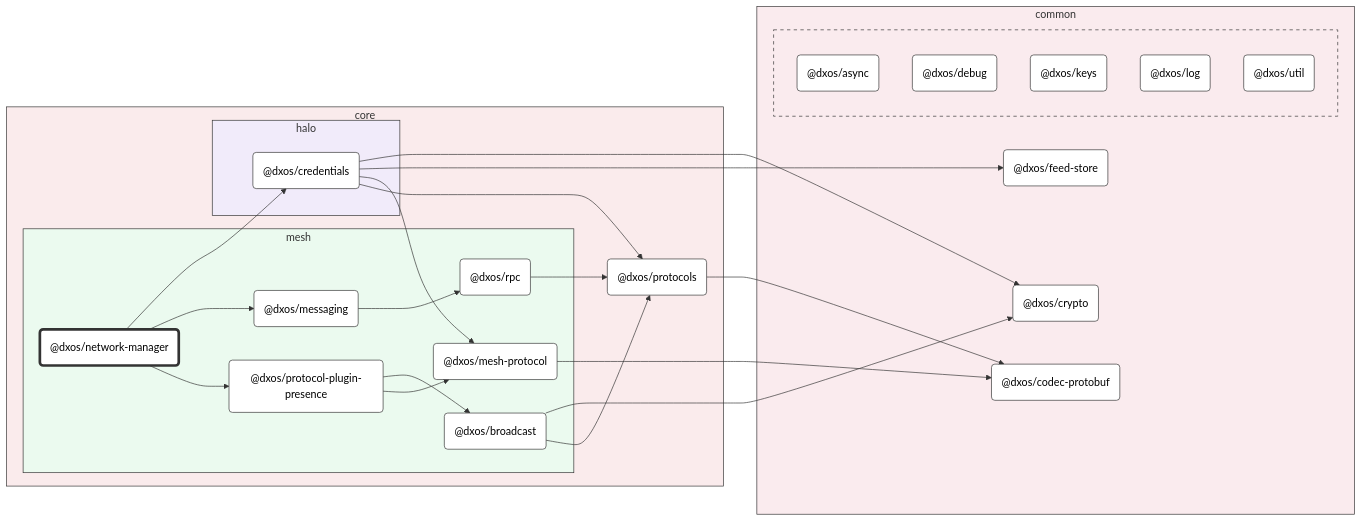
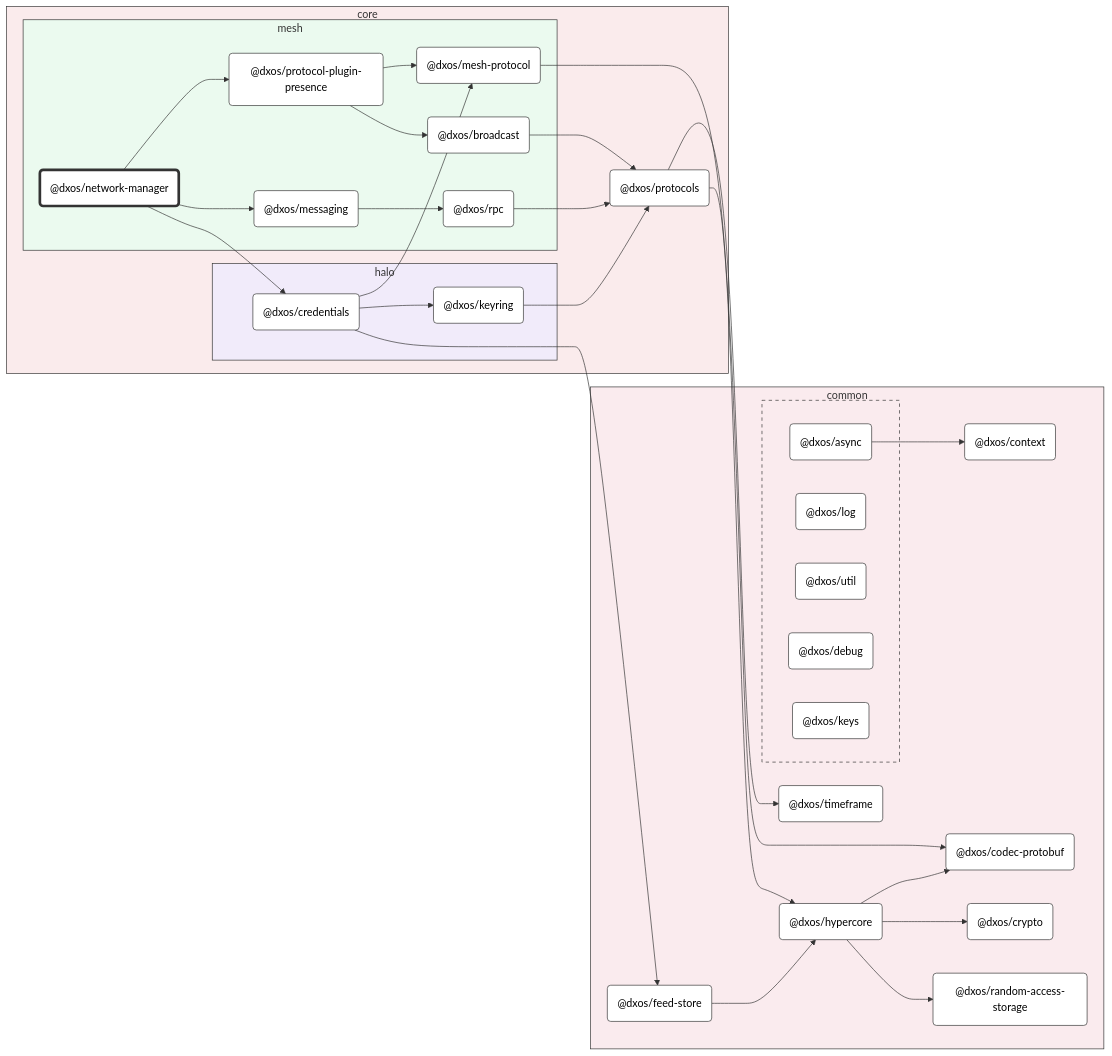
Before and after one commit to dxos/dxos: the diagram in packages/core/mesh/network-manager/docs/README.md, drawn with Mermaid (neutral theme). The commit also changed other lines of this file and 95 other files, not shown here.

Commit message:
Class diagrams.

````diff
--- a/packages/core/mesh/network-manager/docs/README.md
+++ b/packages/core/mesh/network-manager/docs/README.md
@@ -40,48 +40,63 @@
     style halo fill:#f1ebfa,stroke:#333
     dxos/credentials("@dxos/credentials"):::def
     click dxos/credentials "dxos/dxos/tree/main/packages/core/halo/credentials/docs"
+    dxos/keyring("@dxos/keyring"):::def
+    click dxos/keyring "dxos/dxos/tree/main/packages/core/halo/keyring/docs"
   end
 end
 
 subgraph common [common]
   style common fill:#faebee,stroke:#333
+  dxos/context("@dxos/context"):::def
+  click dxos/context "dxos/dxos/tree/main/packages/common/context/docs"
   dxos/codec-protobuf("@dxos/codec-protobuf"):::def
   click dxos/codec-protobuf "dxos/dxos/tree/main/packages/common/codec-protobuf/docs"
   dxos/crypto("@dxos/crypto"):::def
   click dxos/crypto "dxos/dxos/tree/main/packages/common/crypto/docs"
   dxos/feed-store("@dxos/feed-store"):::def
   click dxos/feed-store "dxos/dxos/tree/main/packages/common/feed-store/docs"
+  dxos/hypercore("@dxos/hypercore"):::def
+  click dxos/hypercore "dxos/dxos/tree/main/packages/common/hypercore/docs"
+  dxos/random-access-storage("@dxos/random-access-storage"):::def
+  click dxos/random-access-storage "dxos/dxos/tree/main/packages/common/random-access-storage/docs"
+  dxos/timeframe("@dxos/timeframe"):::def
+  click dxos/timeframe "dxos/dxos/tree/main/packages/common/timeframe/docs"
 
   subgraph _ [ ]
     style _ fill:#faebee,stroke:#333,stroke-dasharray:5 5
     dxos/async("@dxos/async"):::def
     click dxos/async "dxos/dxos/tree/main/packages/common/async/docs"
+    dxos/log("@dxos/log"):::def
+    click dxos/log "dxos/dxos/tree/main/packages/common/log/docs"
+    dxos/util("@dxos/util"):::def
+    click dxos/util "dxos/dxos/tree/main/packages/common/util/docs"
     dxos/debug("@dxos/debug"):::def
     click dxos/debug "dxos/dxos/tree/main/packages/common/debug/docs"
     dxos/keys("@dxos/keys"):::def
     click dxos/keys "dxos/dxos/tree/main/packages/common/keys/docs"
-    dxos/log("@dxos/log"):::def
-    click dxos/log "dxos/dxos/tree/main/packages/common/log/docs"
-    dxos/util("@dxos/util"):::def
-    click dxos/util "dxos/dxos/tree/main/packages/common/util/docs"
   end
 end
 
 %% Links
 linkStyle default stroke:#333,stroke-width:1px
+dxos/async --> dxos/context
 dxos/network-manager --> dxos/credentials
-dxos/credentials --> dxos/crypto
 dxos/credentials --> dxos/feed-store
+dxos/feed-store --> dxos/hypercore
+dxos/hypercore --> dxos/codec-protobuf
+dxos/hypercore --> dxos/crypto
+dxos/hypercore --> dxos/random-access-storage
+dxos/credentials --> dxos/keyring
+dxos/keyring --> dxos/protocols
+dxos/protocols --> dxos/hypercore
+dxos/protocols --> dxos/timeframe
 dxos/credentials --> dxos/mesh-protocol
 dxos/mesh-protocol --> dxos/codec-protobuf
-dxos/credentials --> dxos/protocols
-dxos/protocols --> dxos/codec-protobuf
 dxos/network-manager --> dxos/messaging
 dxos/messaging --> dxos/rpc
 dxos/rpc --> dxos/protocols
 dxos/network-manager --> dxos/protocol-plugin-presence
 dxos/protocol-plugin-presence --> dxos/broadcast
-dxos/broadcast --> dxos/crypto
 dxos/broadcast --> dxos/protocols
 dxos/protocol-plugin-presence --> dxos/mesh-protocol
 ```
````
